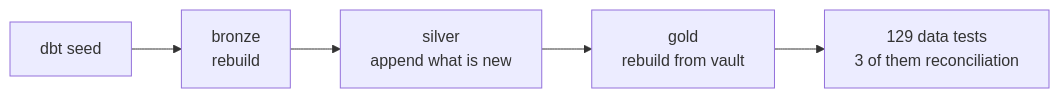
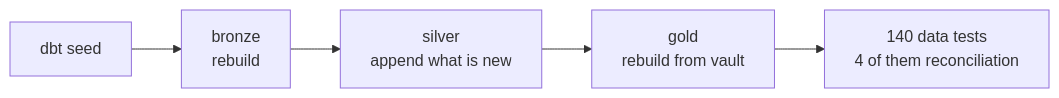
The fourth of 4 diagrams in docs/architecture.md (juliuschaesar-dev/datavault-dbt), drawn with Mermaid before and after one commit. The commit also changed other lines of this file and 4 other files, not shown here.

````diff
--- a/docs/architecture.md
+++ b/docs/architecture.md
@@ -258,7 +269,7 @@
 ```mermaid
 flowchart LR
     A["dbt seed"] --> B["bronze<br/>rebuild"]
     B --> C["silver<br/>append what is new"]
     C --> D["gold<br/>rebuild from vault"]
-    D --> E["129 data tests<br/>3 of them reconciliation"]
+    D --> E["140 data tests<br/>4 of them reconciliation"]
 ```
````
